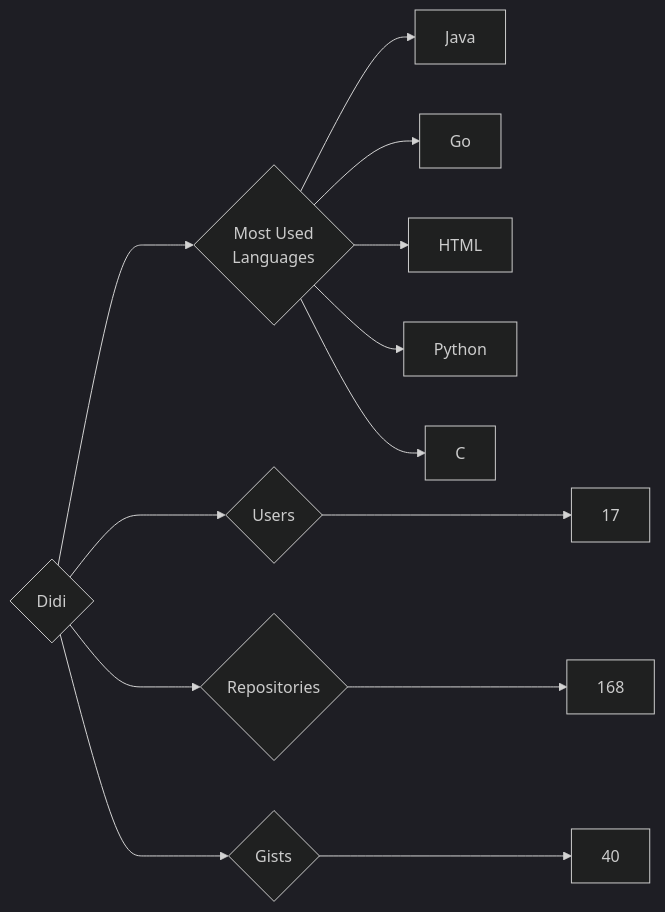
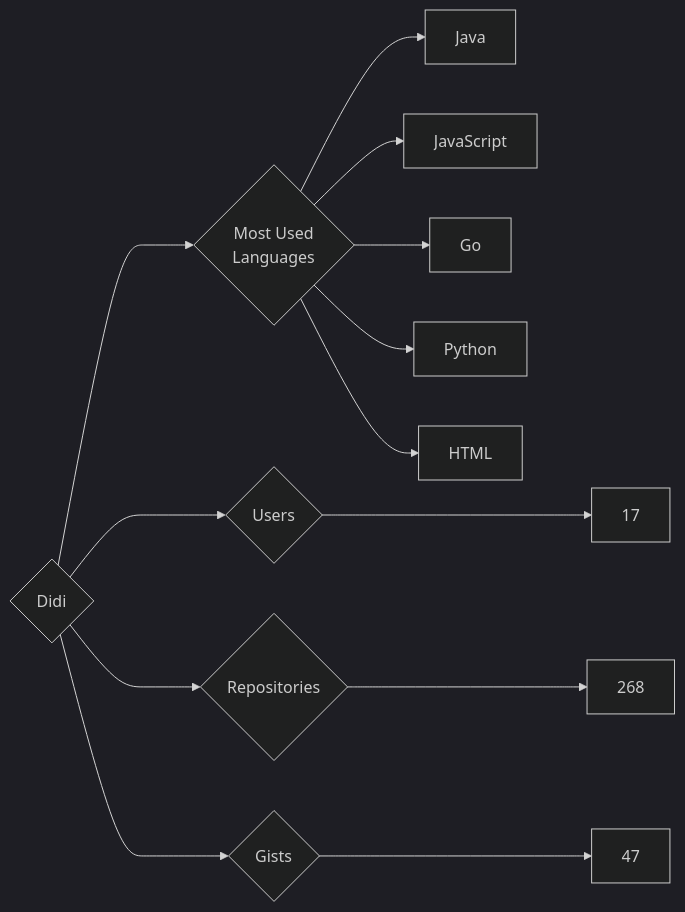
Before and after one commit to trickest/insiders: the diagram in targets/Didi/README.md, drawn with Mermaid (dark theme). The commit also changed 998 other files, not shown here.

````diff
--- a/targets/Didi/README.md
+++ b/targets/Didi/README.md
@@ -3,13 +3,13 @@
 ```mermaid
 graph LR
 COMPANY_NAME{Didi}
 COMPANY_NAME ---> U{Users} ---> UN[17]
-COMPANY_NAME ---> R{Repositories} ---> RN[168]
-COMPANY_NAME ---> G{Gists} ---> GN[40]
+COMPANY_NAME ---> R{Repositories} ---> RN[268]
+COMPANY_NAME ---> G{Gists} ---> GN[47]
 COMPANY_NAME ---> ML{Most Used<br>Languages}
 ML --> Java[Java]
+ML --> JavaScript[JavaScript]
 ML --> Go[Go]
+ML --> Python[Python]
 ML --> HTML[HTML]
-ML --> Python[Python]
-ML --> C[C]
 ```
````
